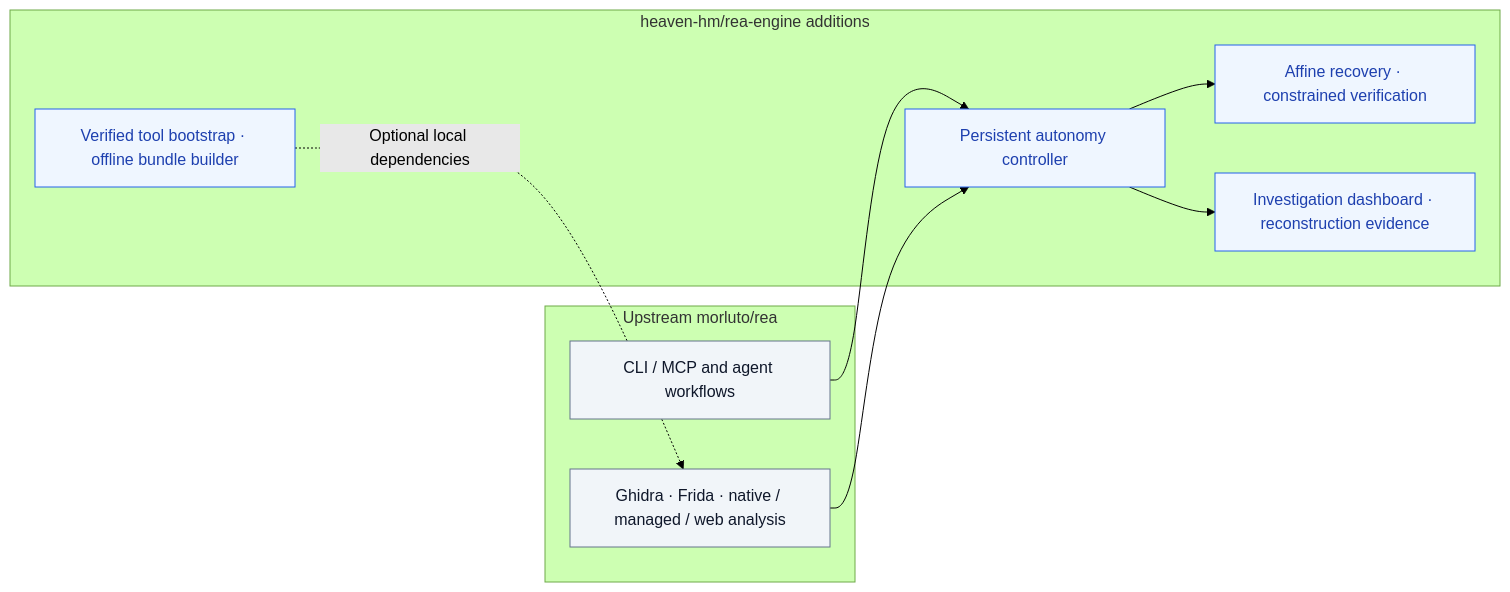
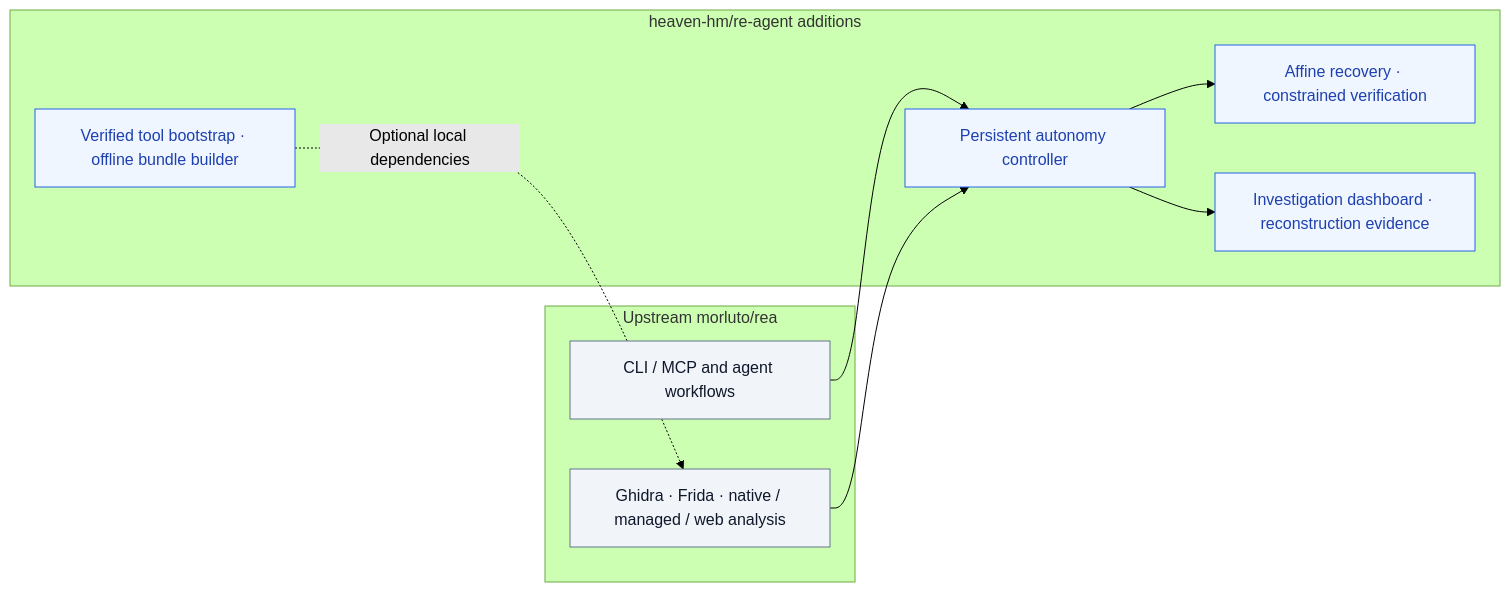
The third of 3 diagrams in README.md (heaven-hm/re-agent), drawn with Mermaid (forest theme) before and after one commit. The commit also changed other lines of this file, not shown here.

First line of the commit message:
Rename repository references from 'rea-engine' to 're-agent'

````diff
--- a/README.md
+++ b/README.md
@@ -96,22 +94,22 @@
 ```mermaid
 flowchart LR
     subgraph UP["Upstream morluto/rea"]
         REA["CLI / MCP and agent workflows"]
         PROVIDERS["Ghidra · Frida · native / managed / web analysis"]
     end
-    subgraph EXT["heaven-hm/rea-engine additions"]
+    subgraph EXT["heaven-hm/re-agent additions"]
         AUTO["Persistent autonomy controller"]
         PROOF["Affine recovery · constrained verification"]
         TOOL["Verified tool bootstrap · offline bundle builder"]
         UI["Investigation dashboard · reconstruction evidence"]
     end
     REA --> AUTO
     PROVIDERS --> AUTO
     AUTO --> PROOF
     AUTO --> UI
     TOOL -. "Optional local dependencies" .-> PROVIDERS
     classDef inherited fill:#f1f5f9,stroke:#64748b,color:#0f172a
     classDef added fill:#eff6ff,stroke:#2563eb,color:#1e40af
     class REA,PROVIDERS inherited
     class AUTO,PROOF,TOOL,UI added
 ```
````
